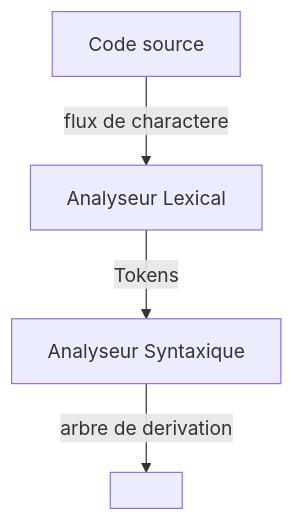
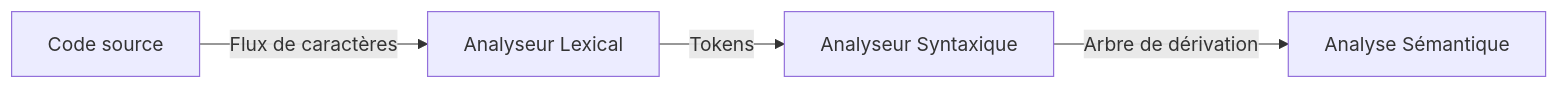
One commit to RonanFreezy/L3 changed the second of 8 diagrams in L3/S5/Compilation/Cm.md. Above: the diagram before and after it, drawn with Mermaid. The commit also changed other lines of this file, not shown here.

````diff
--- a/L3/S5/Compilation/Cm.md
+++ b/L3/S5/Compilation/Cm.md
@@ -141,7 +97,6 @@
 ```mermaid
-graph 
-
-a["Code source"] -->|flux de charactere| b["Analyseur Lexical"]
-b -->|Tokens| c["Analyseur Syntaxique"] 
-c -->|arbre de derivation| d[" "]
+graph LR
+    a["Code source"] -->|Flux de caractères| b["Analyseur Lexical"]
+    b -->|Tokens| c["Analyseur Syntaxique"] 
+    c -->|Arbre de dérivation| d["Analyse Sémantique"]
 ```
````
